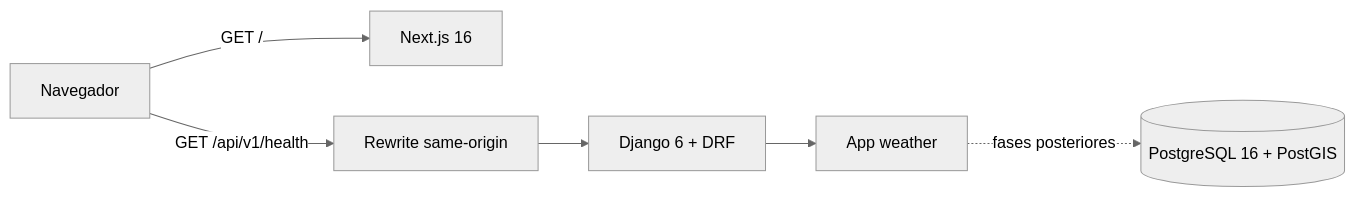
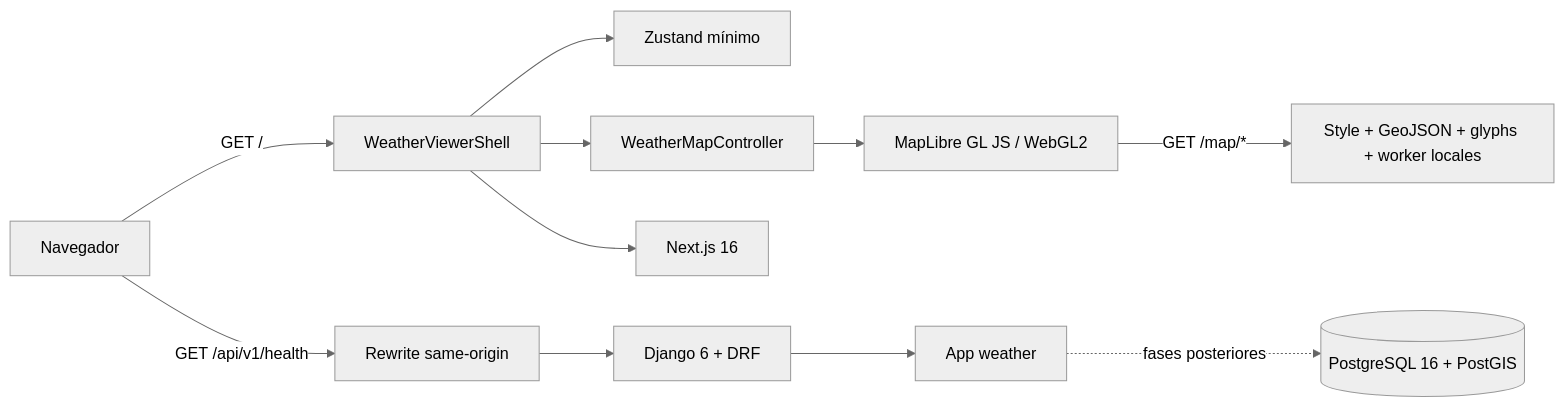
The first of 2 diagrams in docs/methodology/architecture.md (carlos18bp/aviation_weather_viewer_project), drawn with Mermaid (neutral theme) before and after one commit. The commit also changed other lines of this file and 30 other files, not shown here.

First line of the commit message:
feat: add Colombia MapLibre shell (#5)

````diff
--- a/docs/methodology/architecture.md
+++ b/docs/methodology/architecture.md
@@ -10,8 +10,13 @@
 ```mermaid
 flowchart LR
-    Browser[Navegador] -->|GET /| Next[Next.js 16]
+    Browser[Navegador] -->|GET /| Shell[WeatherViewerShell]
+    Shell --> Store[Zustand mínimo]
+    Shell --> Controller[WeatherMapController]
+    Controller --> MapLibre[MapLibre GL JS / WebGL2]
+    MapLibre -->|GET /map/*| Assets[Style + GeoJSON + glyphs + worker locales]
+    Shell --> Next[Next.js 16]
     Browser -->|GET /api/v1/health| Rewrite[Rewrite same-origin]
     Rewrite --> Django[Django 6 + DRF]
     Django --> Weather[App weather]
     Weather -. fases posteriores .-> PostGIS[(PostgreSQL 16 + PostGIS)]
 ```
````
